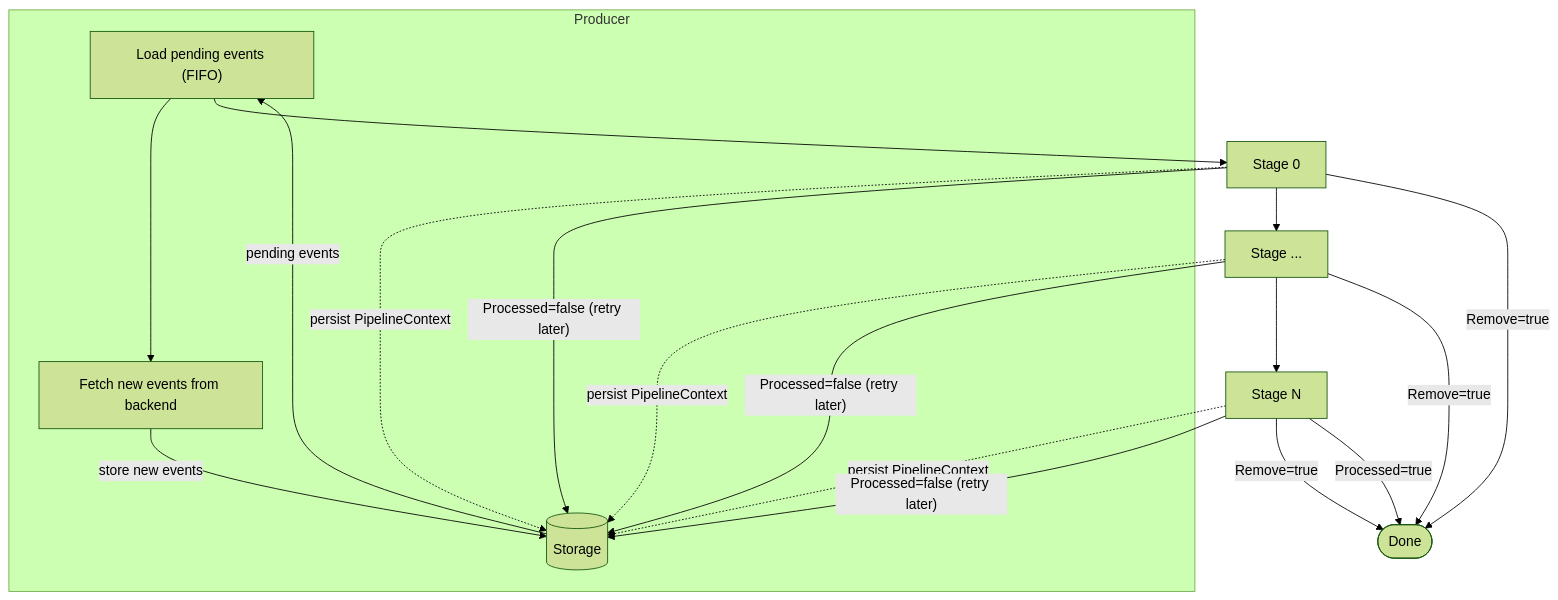
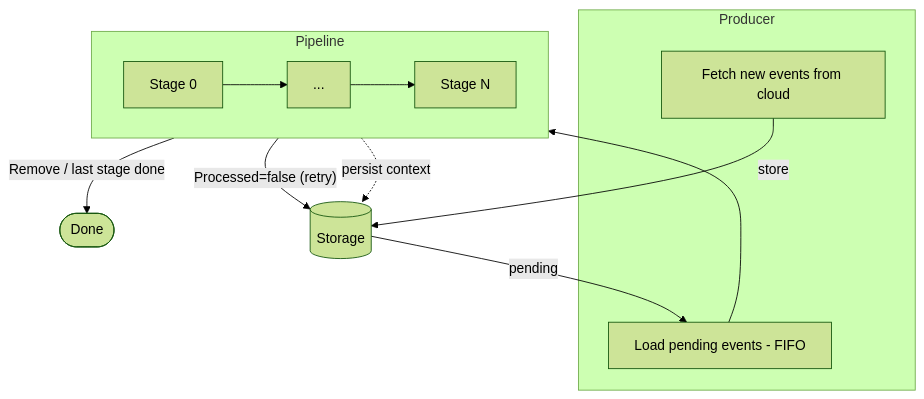
Before and after one commit to nayarsystems/idefix-go: the diagram in eventpipe/README.md, drawn with Mermaid (forest theme). The commit also changed other lines of this file and 1 other file, not shown here.

Commit message:
eventpipe: enhance README

````diff
--- a/eventpipe/README.md
+++ b/eventpipe/README.md
@@ -11,17 +11,23 @@
 ```mermaid
 flowchart TD
     subgraph Producer
-        LOAD["Load pending events (FIFO)"]
-        FETCH[Fetch new events from backend]
-        LOAD --> FETCH
-        FETCH -- "store new events" --> ST
+        FETCH[Fetch new events from cloud]
+        LOAD[Load pending events - FIFO]
     end
 
-    ST[(Storage)] -- "pending events" --> LOAD
-    LOAD --> S0[Stage 0] --> S1[Stage ...] --> SN[Stage N]
+    ST[(Storage)]
+    DONE([Done])
 
-    S0 & S1 & SN -. "persist PipelineContext" .-> ST
-    S0 & S1 & SN -- "Remove=true" --> DONE([Done])
-    S0 & S1 & SN -- "Processed=false (retry later)" --> ST
-    SN -- "Processed=true" --> DONE
+    FETCH -- store --> ST
+    ST -- pending --> LOAD
+    LOAD --> STAGES
+
+    subgraph STAGES [Pipeline]
+        direction LR
+        S0[Stage 0] --> S1[...] --> SN[Stage N]
+    end
+
+    STAGES -. "persist context" .-> ST
+    STAGES -- "Processed=false (retry)" --> ST
+    STAGES -- "Remove / last stage done" --> DONE
 ```
````
